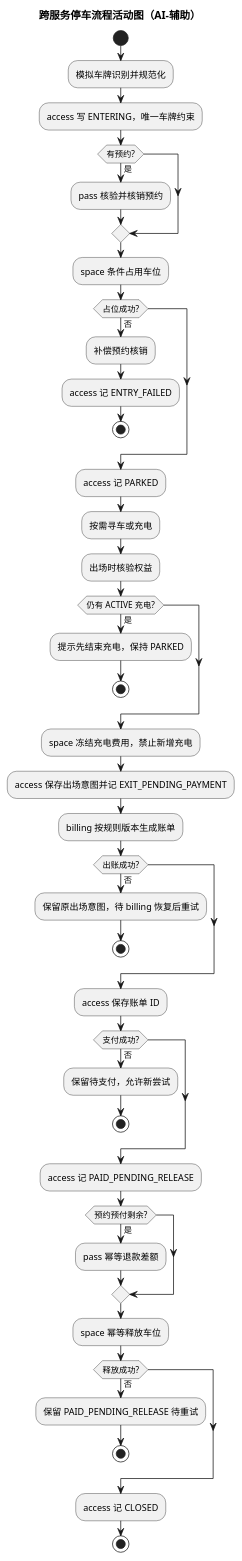
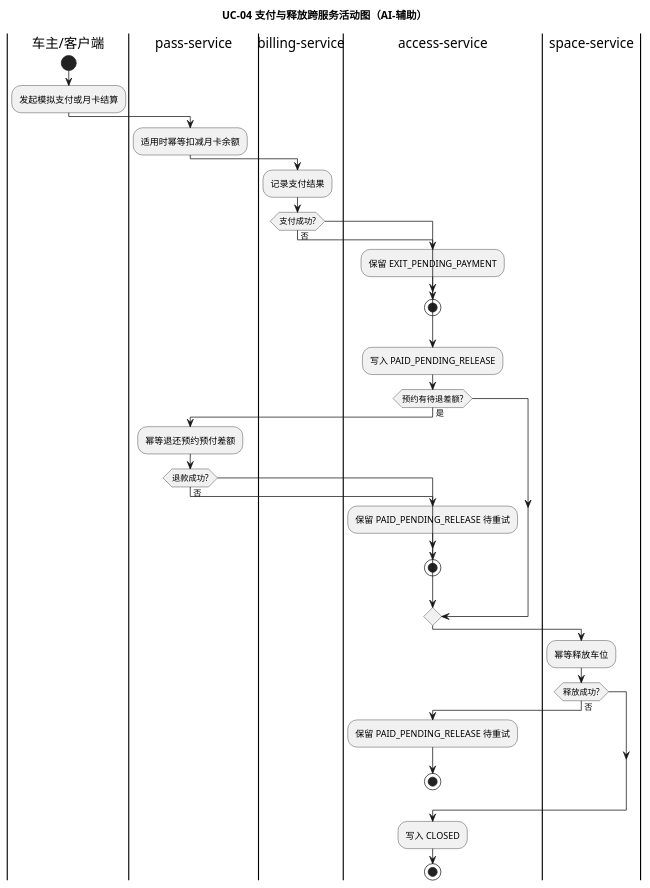
One commit to Gindama713/UMLWORK changed the third of 3 diagrams in models/11-cross-service-activity.puml. Above: the diagram before and after it, drawn with PlantUML. The commit also changed other lines of this file and 39 other files, not shown here.

Commit message:
refine UML notation and report figure layout

```diff
--- a/models/11-cross-service-activity.puml
+++ b/models/11-cross-service-activity.puml
@@ -1,45 +61,36 @@
 @startuml
-title 跨服务停车流程活动图（AI-辅助）
+title UC-04 支付与释放跨服务活动图（AI-辅助）
+|车主/客户端|
 start
-:模拟车牌识别并规范化;
-:access 写 ENTERING，唯一车牌约束;
-if (有预约?) then (是)
-  :pass 核验并核销预约;
-endif
-:space 条件占用车位;
-if (占位成功?) then (否)
-  :补偿预约核销;
-  :access 记 ENTRY_FAILED;
+:发起模拟支付或月卡结算;
+|pass-service|
+:适用时幂等扣减月卡余额;
+|billing-service|
+:记录支付结果;
+if (支付成功?) then (否)
+  |access-service|
+  :保留 EXIT_PENDING_PAYMENT;
   stop
 endif
-:access 记 PARKED;
-:按需寻车或充电;
-:出场时核验权益;
-if (仍有 ACTIVE 充电?) then (是)
-  :提示先结束充电，保持 PARKED;
-  stop
+|access-service|
+:写入 PAID_PENDING_RELEASE;
+if (预约有待退差额?) then (是)
+  |pass-service|
+  :幂等退还预约预付差额;
+  if (退款成功?) then (否)
+    |access-service|
+    :保留 PAID_PENDING_RELEASE 待重试;
+    stop
+  endif
 endif
-:space 冻结充电费用，禁止新增充电;
-:access 保存出场意图并记 EXIT_PENDING_PAYMENT;
-:billing 按规则版本生成账单;
-if (出账成功?) then (否)
-  :保留原出场意图，待 billing 恢复后重试;
-  stop
-endif
-:access 保存账单 ID;
-if (支付成功?) then (否)
-  :保留待支付，允许新尝试;
-  stop
-endif
-:access 记 PAID_PENDING_RELEASE;
-if (预约预付剩余?) then (是)
-  :pass 幂等退款差额;
-endif
-:space 幂等释放车位;
+|space-service|
+:幂等释放车位;
 if (释放成功?) then (否)
+  |access-service|
   :保留 PAID_PENDING_RELEASE 待重试;
   stop
 endif
-:access 记 CLOSED;
+|access-service|
+:写入 CLOSED;
 stop
 @enduml
```
